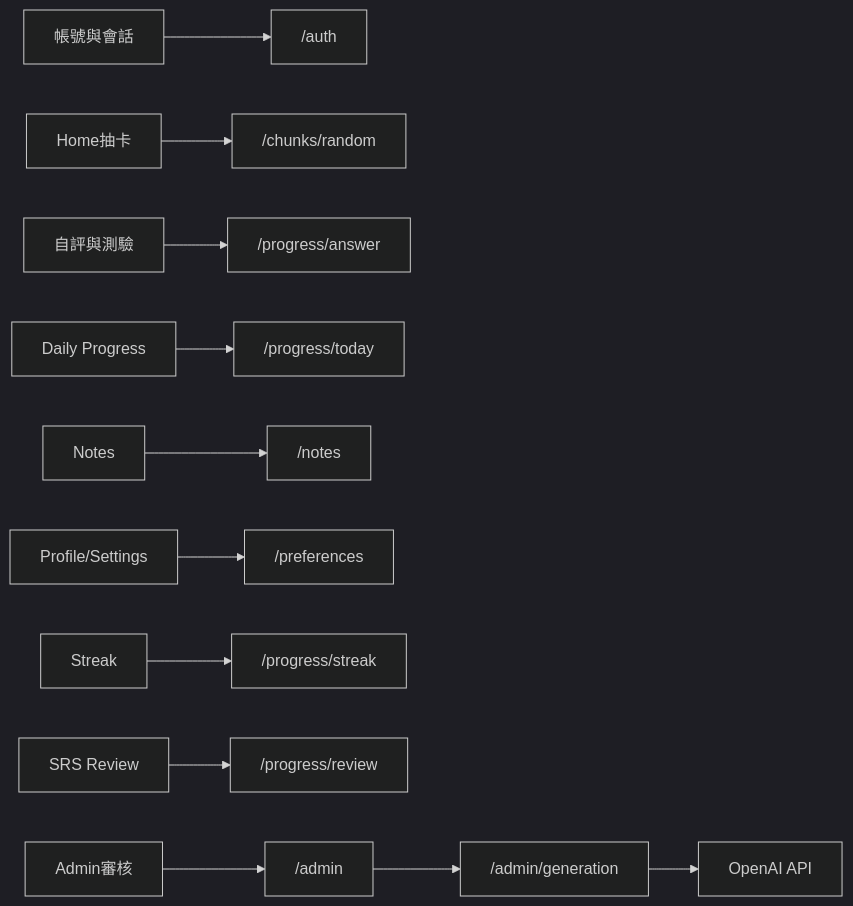
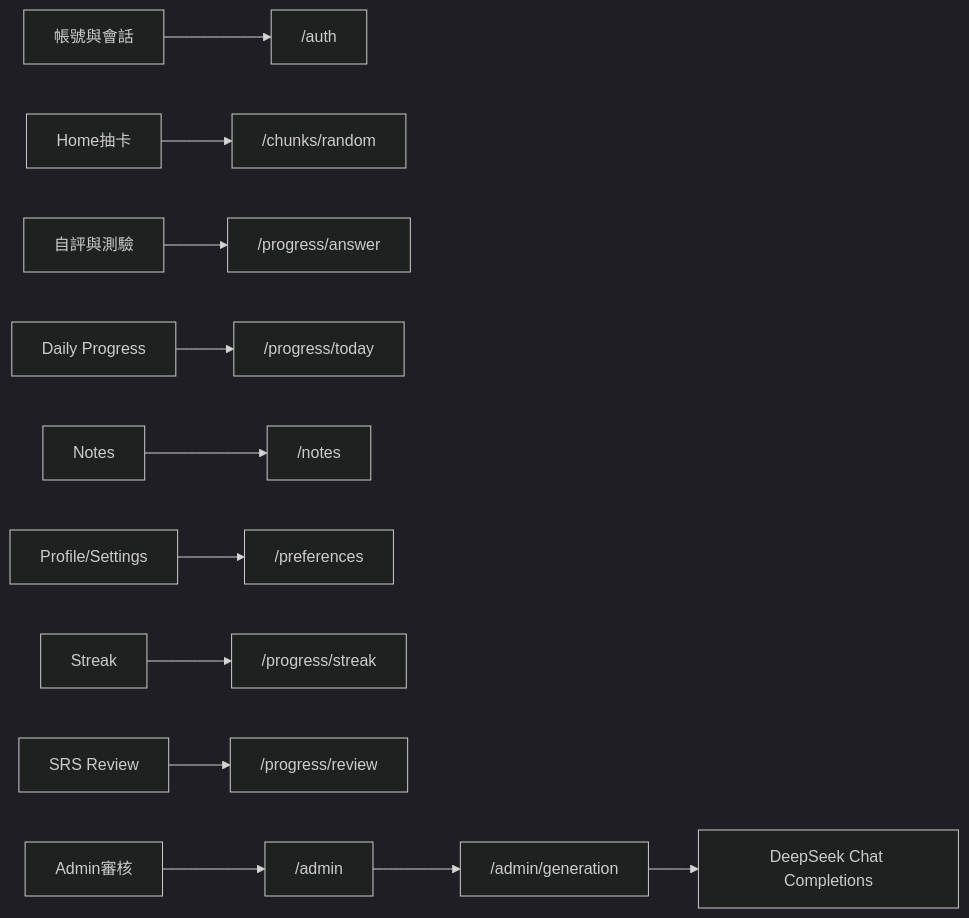
Before and after one commit to PJ7eng/ChunkMethodEnglishLearningProject: the diagram in docs/progress.md, drawn with Mermaid (dark theme). The commit also changed other lines of this file and 58 other files, not shown here.

First line of the commit message:
Improve Admin generation flow: confirm before create, lock until the job finishes, and allow the same category twice in one day.

````diff
--- a/docs/progress.md
+++ b/docs/progress.md
@@ -162,14 +245,14 @@
 ```mermaid
 flowchart LR
   AuthUI[帳號與會話] --> AuthAPI["/auth"]
   HomeDraw[Home抽卡] --> ChunksAPI["/chunks/random"]
   HomeNext[自評與測驗] --> ProgressAPI["/progress/answer"]
   HomeBar[Daily Progress] --> TodayAPI["/progress/today"]
   NotesUI[Notes] --> NotesAPI["/notes"]
   ProfileUI[Profile/Settings] --> PrefsAPI["/preferences"]
   StreakUI[Streak] --> StreakAPI["/progress/streak"]
   ReviewUI[SRS Review] --> ReviewAPI["/progress/review"]
   AdminUI[Admin審核] --> AdminAPI["/admin"]
   AdminAPI --> GenAPI["/admin/generation"]
-  GenAPI --> OpenAI[OpenAI API]
+  GenAPI --> DeepSeek[DeepSeek Chat Completions]
 ```
````
